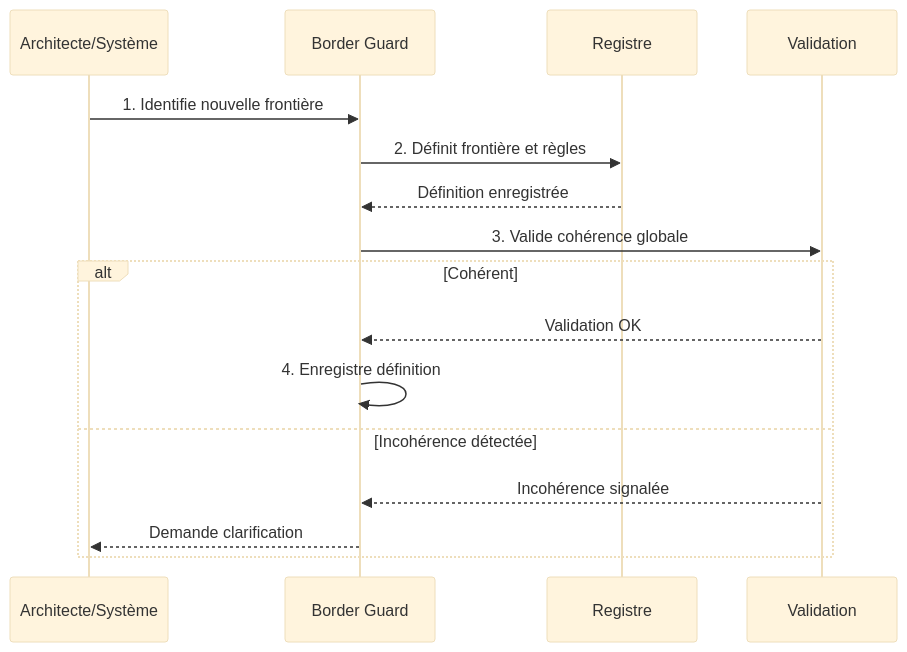
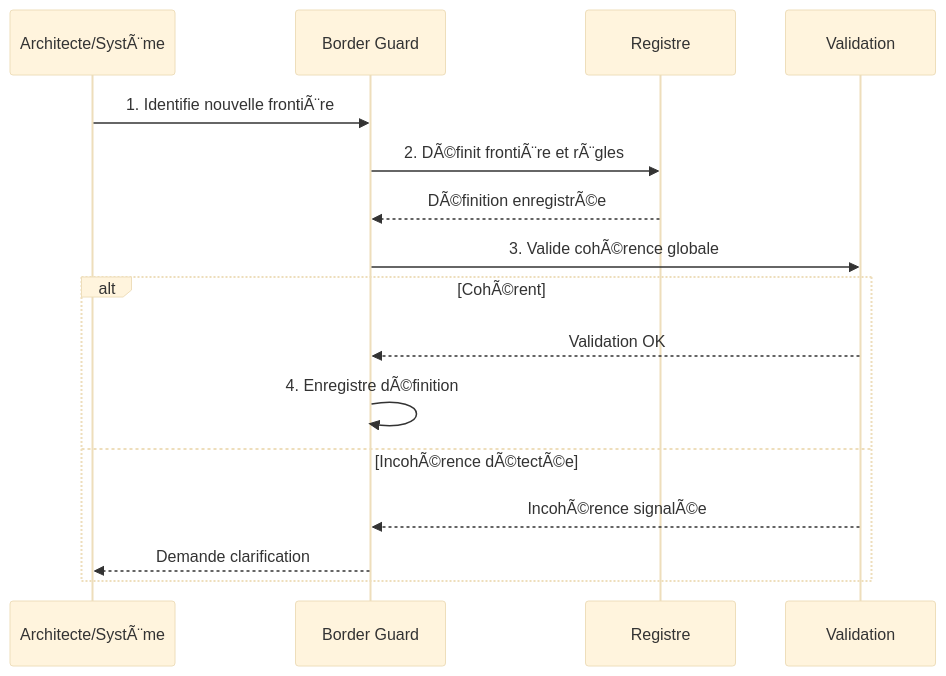
One commit to StudioMiyukini/miyukini_cog changed the fourth of 5 diagrams in docs/cores/BorderGuard/architecture/Border Guard - Architecture & Flows.md. Above: the diagram before and after it, drawn with Mermaid (base theme). The commit also changed other lines of this file and 1287 other files, not shown here.

````diff
--- a/docs/cores/BorderGuard/architecture/Border Guard - Architecture & Flows.md
+++ b/docs/cores/BorderGuard/architecture/Border Guard - Architecture & Flows.md
@@ -307,19 +307,19 @@
 ```mermaid
 sequenceDiagram
-    participant Archi as Architecte/Système
+    participant Archi as Architecte/SystÃ¨me
     participant BG as Border Guard
     participant Reg as Registre
     participant Valid as Validation
 
-    Archi->>BG: 1. Identifie nouvelle frontière
-    BG->>Reg: 2. Définit frontière et règles
-    Reg-->>BG: Définition enregistrée
-    BG->>Valid: 3. Valide cohérence globale
-    alt Cohérent
+    Archi->>BG: 1. Identifie nouvelle frontiÃ¨re
+    BG->>Reg: 2. DÃ©finit frontiÃ¨re et rÃ¨gles
+    Reg-->>BG: DÃ©finition enregistrÃ©e
+    BG->>Valid: 3. Valide cohÃ©rence globale
+    alt CohÃ©rent
         Valid-->>BG: Validation OK
-        BG->>BG: 4. Enregistre définition
-    else Incohérence détectée
-        Valid-->>BG: Incohérence signalée
+        BG->>BG: 4. Enregistre dÃ©finition
+    else IncohÃ©rence dÃ©tectÃ©e
+        Valid-->>BG: IncohÃ©rence signalÃ©e
         BG-->>Archi: Demande clarification
     end
 ```
````
